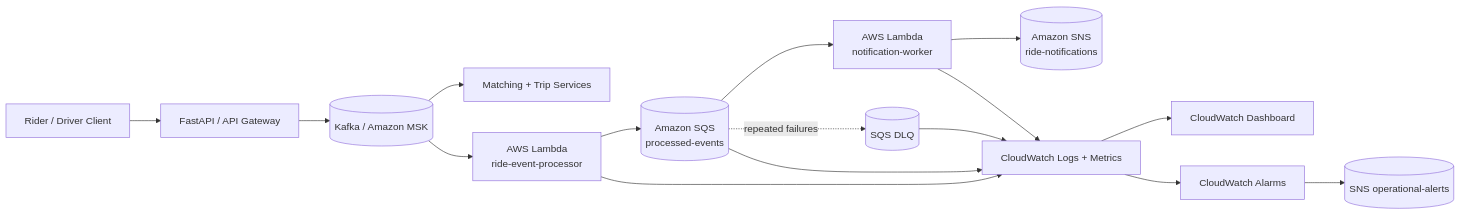
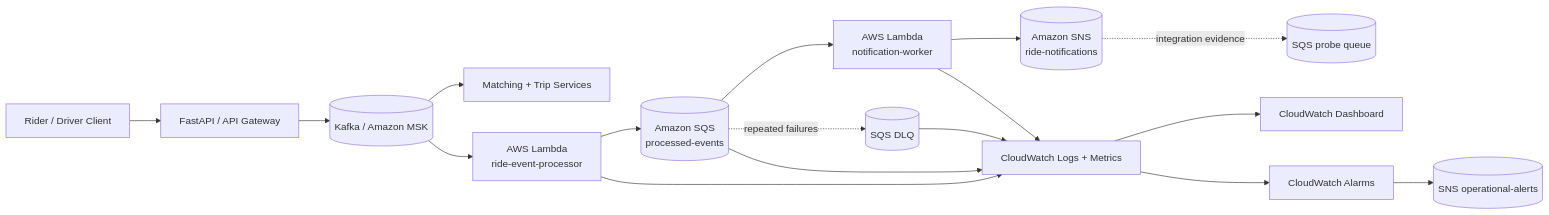
One commit to CoreyLeath-code/Scalable-Event-Driven-Ride-Sharing-Platform changed the diagram in docs/aws-serverless-architecture.md. Above: the diagram before and after it, drawn with Mermaid. The commit also changed other lines of this file and 6 other files, not shown here.

````diff
--- a/docs/aws-serverless-architecture.md
+++ b/docs/aws-serverless-architecture.md
@@ -7,19 +7,20 @@
 ```mermaid
 flowchart LR
     Client[Rider / Driver Client] --> API[FastAPI / API Gateway]
-    API --> Kafka[(Kafka / Amazon MSK)]
-    Kafka --> Matching[Matching + Trip Services]
-    Kafka --> Processor[AWS Lambda\nride-event-processor]
+    API --> MSK[(Kafka / Amazon MSK)]
+    MSK --> Matching[Matching + Trip Services]
+    MSK --> Processor[AWS Lambda\nride-event-processor]
     Processor --> Queue[(Amazon SQS\nprocessed-events)]
     Queue --> Worker[AWS Lambda\nnotification-worker]
     Queue -. repeated failures .-> DLQ[(SQS DLQ)]
     Worker --> SNS[(Amazon SNS\nride-notifications)]
+    SNS -. integration evidence .-> Probe[(SQS probe queue)]
 
     Processor --> CW[CloudWatch Logs + Metrics]
     Worker --> CW
     Queue --> CW
     DLQ --> CW
     CW --> Dashboard[CloudWatch Dashboard]
     CW --> Alarms[CloudWatch Alarms]
     Alarms --> OpsSNS[(SNS operational-alerts)]
 ```
````
